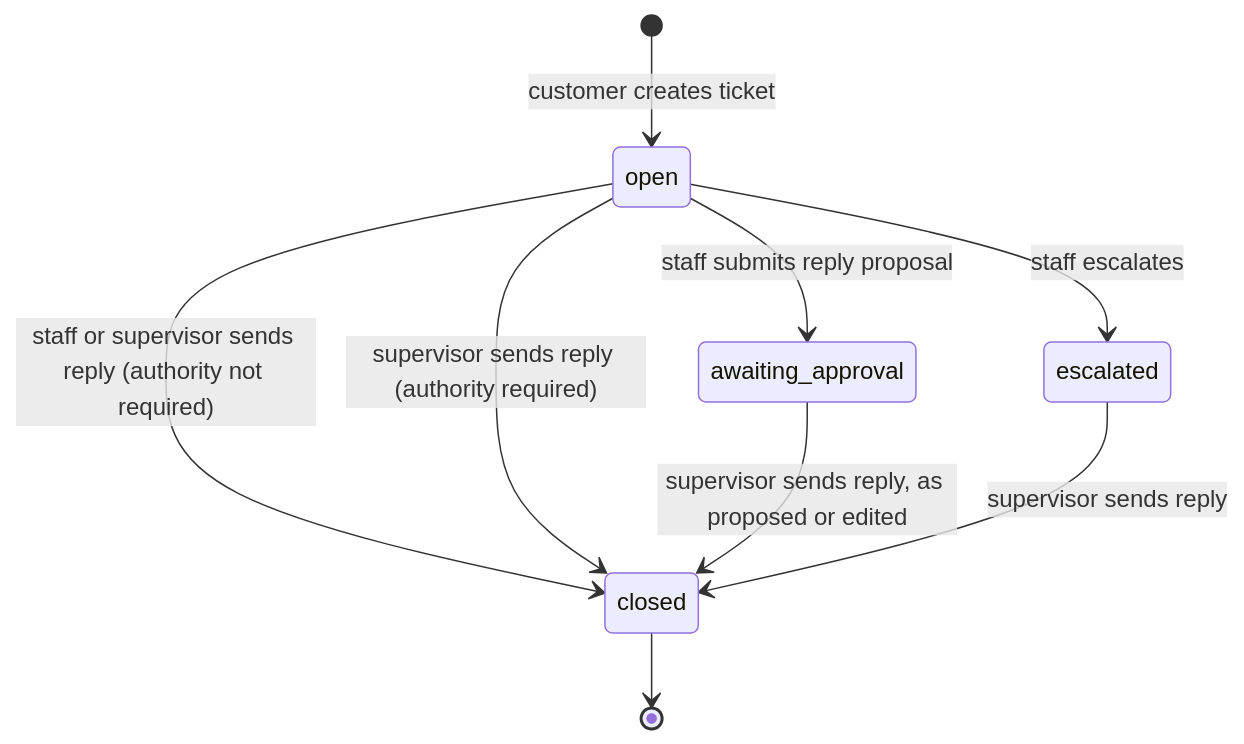
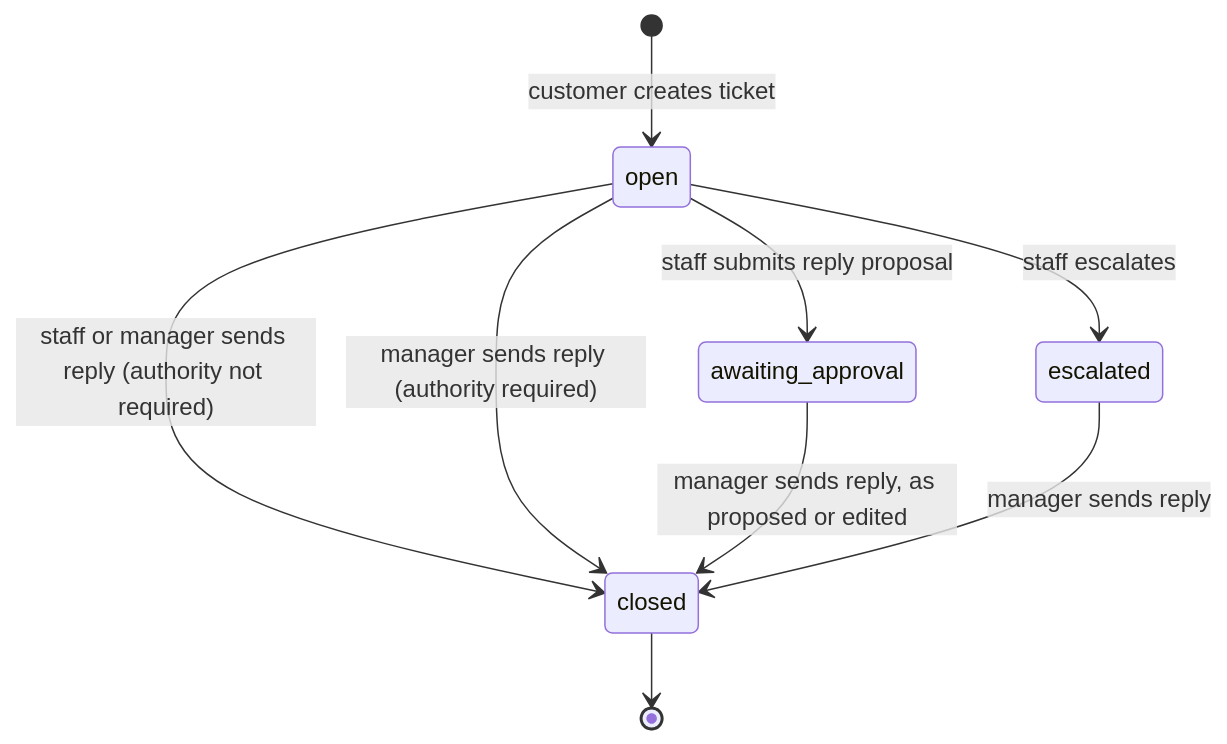
Before and after one commit to ml-system-design-nhom-5/SupportIQ: the first of 5 diagrams in docs/design/contracts-v1.md, drawn with Mermaid. The commit also changed other lines of this file and 53 other files, not shown here.

````diff
--- a/docs/design/contracts-v1.md
+++ b/docs/design/contracts-v1.md
@@ -90,11 +130,11 @@
 ```mermaid
 stateDiagram-v2
     [*] --> open: customer creates ticket
-    open --> closed: staff or supervisor sends reply (authority not required)
-    open --> closed: supervisor sends reply (authority required)
+    open --> closed: staff or manager sends reply (authority not required)
+    open --> closed: manager sends reply (authority required)
     open --> awaiting_approval: staff submits reply proposal
     open --> escalated: staff escalates
-    awaiting_approval --> closed: supervisor sends reply, as proposed or edited
-    escalated --> closed: supervisor sends reply
+    awaiting_approval --> closed: manager sends reply, as proposed or edited
+    escalated --> closed: manager sends reply
     closed --> [*]
 ```
````
